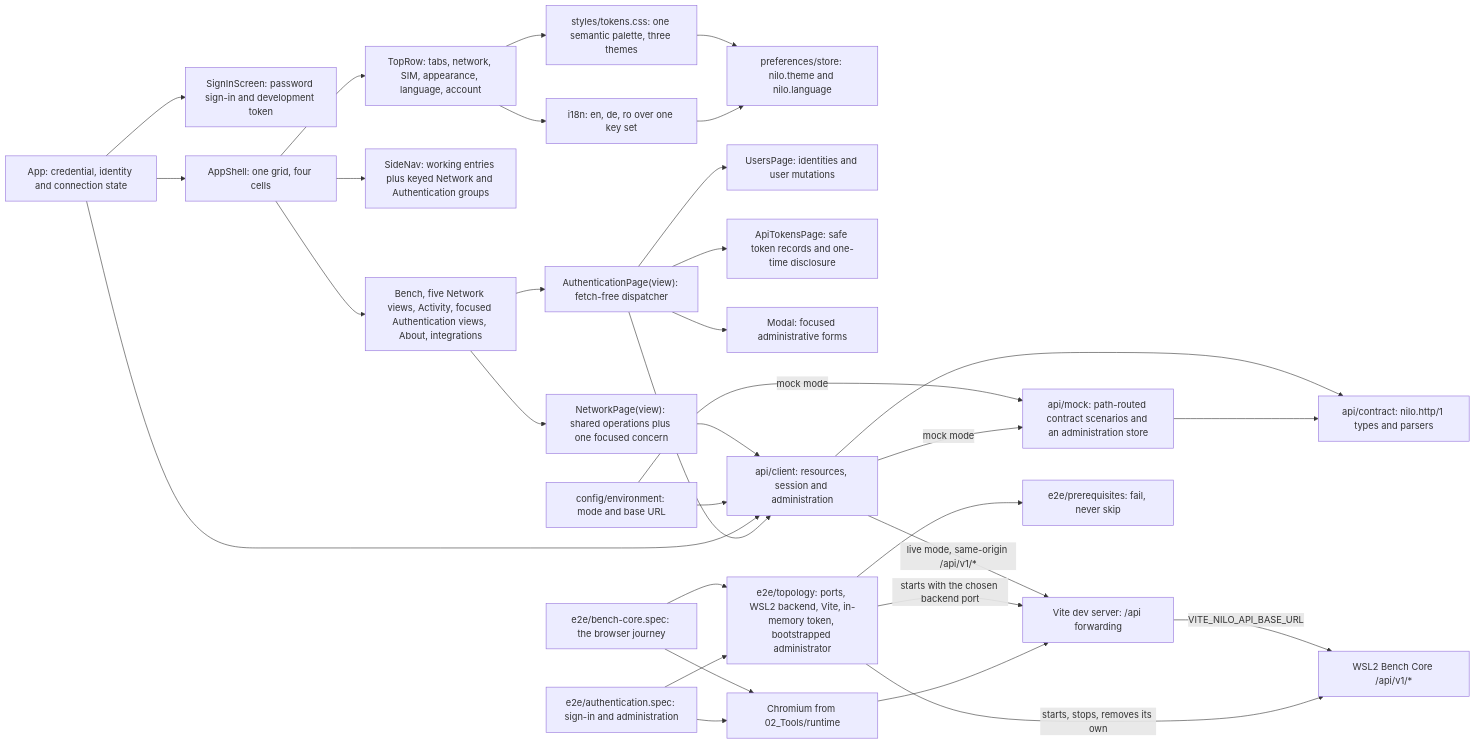
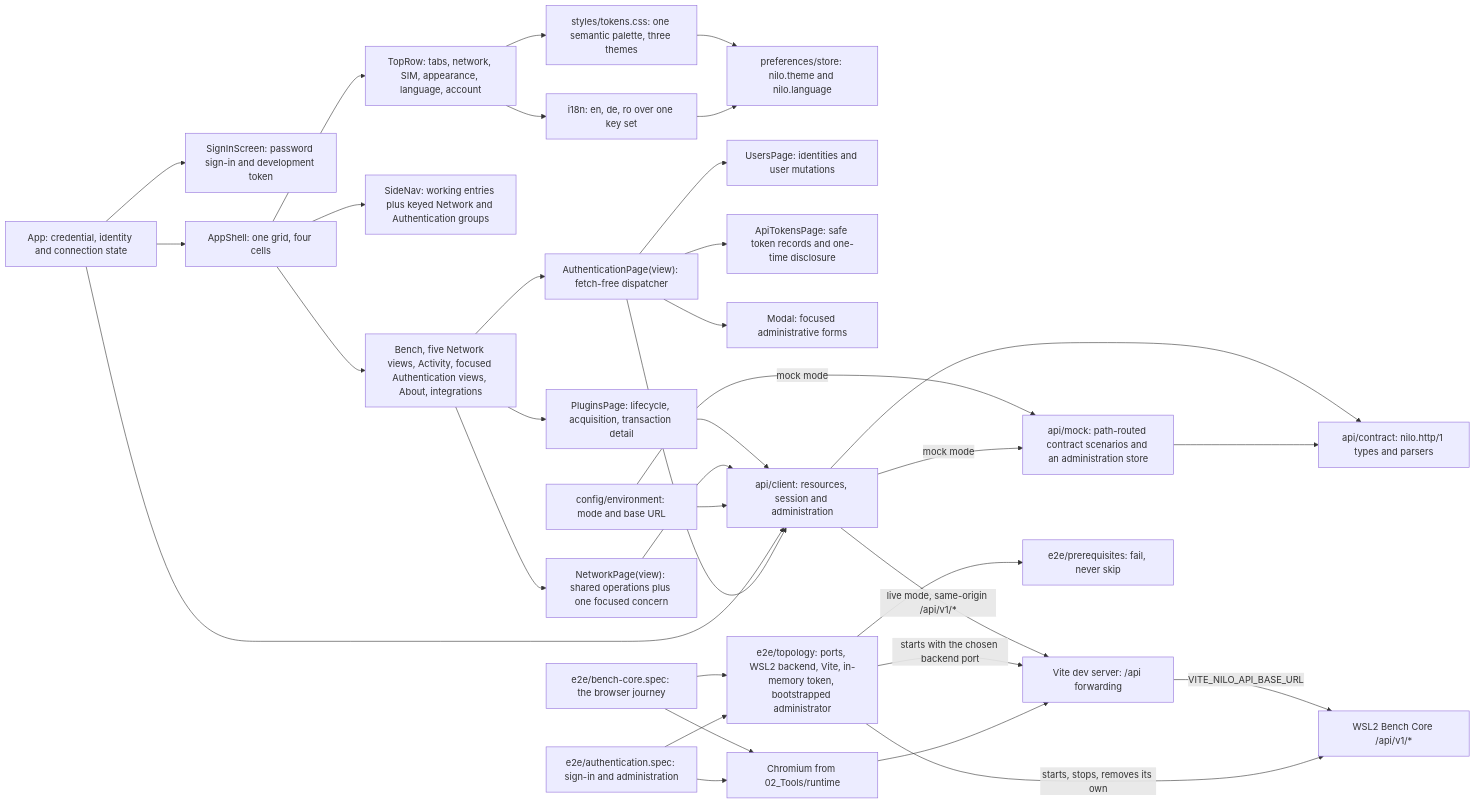
Before and after one commit to DDP-Engineering/2026_Networked_Intelligent_Lab_Orchestrator: the diagram in .agentic/knowledge/gui-foundation.md, drawn with Mermaid. The commit also changed other lines of this file and 95 other files, not shown here.

````diff
--- a/.agentic/knowledge/gui-foundation.md
+++ b/.agentic/knowledge/gui-foundation.md
@@ -205,60 +221,62 @@
 ```mermaid
 flowchart LR
     app["App: credential, identity and connection state"]
     signin["SignInScreen: password sign-in and development token"]
     shell["AppShell: one grid, four cells"]
     toprow["TopRow: tabs, network, SIM, appearance, language, account"]
     sidenav["SideNav: working entries plus keyed Network and Authentication groups"]
     pages["Bench, five Network views, Activity, focused Authentication views, About, integrations"]
     tokens["styles/tokens.css: one semantic palette, three themes"]
     catalogue["i18n: en, de, ro over one key set"]
     prefs["preferences/store: nilo.theme and nilo.language"]
     admin["AuthenticationPage(view): fetch-free dispatcher"]
     users["UsersPage: identities and user mutations"]
     apitokens["ApiTokensPage: safe token records and one-time disclosure"]
     netpage["NetworkPage(view): shared operations plus one focused concern"]
     modal["Modal: focused administrative forms"]
     env["config/environment: mode and base URL"]
     client["api/client: resources, session and administration"]
     contract["api/contract: nilo.http/1 types and parsers"]
     mock["api/mock: path-routed contract scenarios and an administration store"]
     proxy["Vite dev server: /api forwarding"]
     backend["WSL2 Bench Core /api/v1/*"]
     app --> signin
     app --> shell
     shell --> toprow
     shell --> sidenav
     shell --> pages
+    pages --> instruments["PluginsPage: lifecycle, acquisition, transaction detail"]
+    instruments --> client
     pages --> admin
     admin --> users
     admin --> apitokens
     pages --> netpage
     netpage --> client
     admin --> modal
     toprow --> tokens
     toprow --> catalogue
     tokens --> prefs
     catalogue --> prefs
     env --> client
     env -- "mock mode" --> mock
     client --> contract
     mock --> contract
     app --> client
     admin --> client
     client -- "live mode, same-origin /api/v1/*" --> proxy
     proxy -- "VITE_NILO_API_BASE_URL" --> backend
     client -- "mock mode" --> mock
     harness["e2e/topology: ports, WSL2 backend, Vite, in-memory token, bootstrapped administrator"]
     prereq["e2e/prerequisites: fail, never skip"]
     spec["e2e/bench-core.spec: the browser journey"]
     adminspec["e2e/authentication.spec: sign-in and administration"]
     browser["Chromium from 02_Tools/runtime"]
     harness --> prereq
     harness -- "starts, stops, removes its own" --> backend
     harness -- "starts with the chosen backend port" --> proxy
     spec --> harness
     adminspec --> harness
     spec --> browser
     adminspec --> browser
     browser --> proxy
 ```
````
